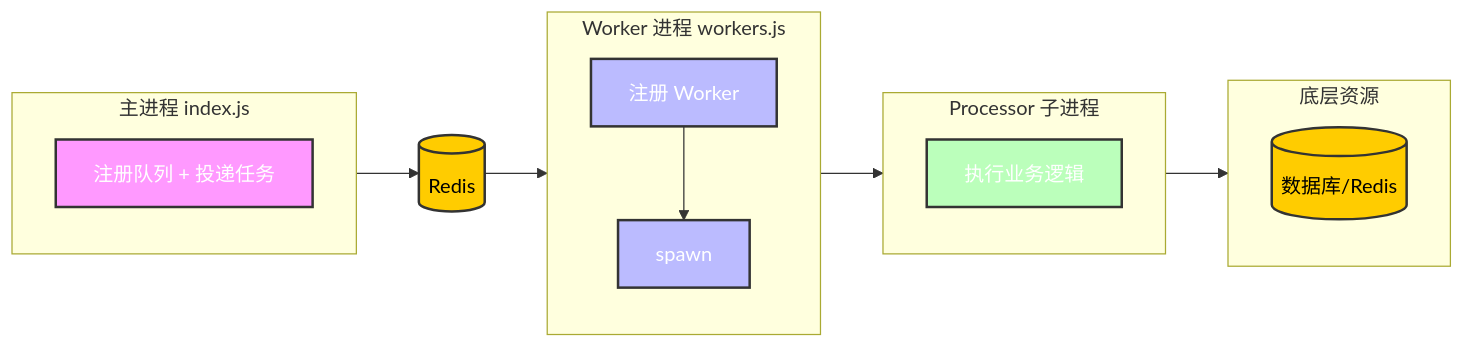
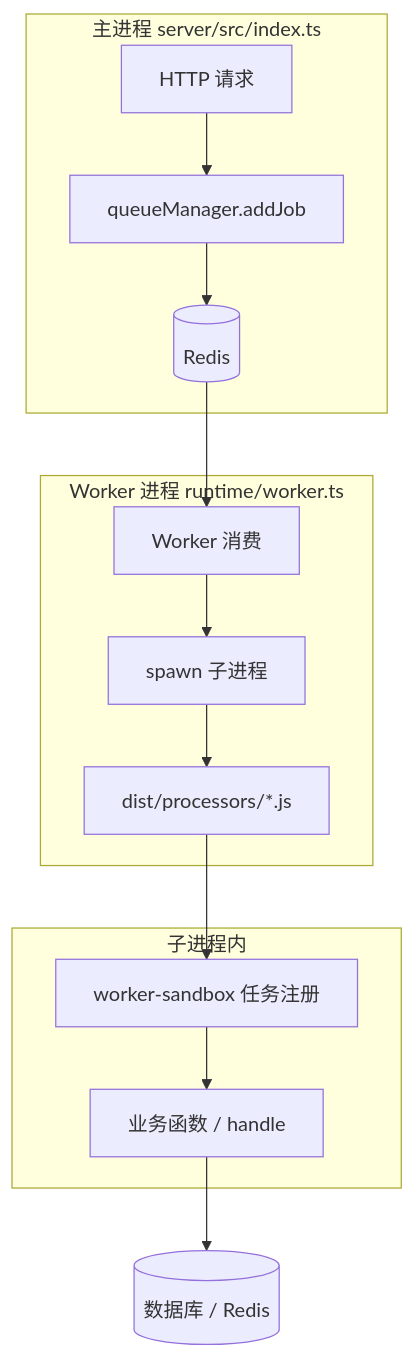
One commit to meishanlaoyao/elysia-admin changed the diagram in docs/guide/queue.md. Above: the diagram before and after it, drawn with Mermaid. The commit also changed other lines of this file and 38 other files, not shown here.

Commit message:
update: add module/page scaffolding (create:module/create:page with Drizzle Schema, --schema, --dry-run), script templates and tests; add AI_MODULE_SCAFFOLD.md; update AI workflow, Cursor Skill, IDE rules, and AI dev guide with scaffolding recommendations

````diff
--- a/docs/guide/queue.md
+++ b/docs/guide/queue.md
@@ -26,43 +28,17 @@
 ```mermaid
-graph LR
-    %% 定义样式
-    classDef main fill:#f9f,stroke:#333,stroke-width:2px,color:#fff;
-    classDef worker fill:#bbf,stroke:#333,stroke-width:2px,color:#fff;
-    classDef processor fill:#bfb,stroke:#333,stroke-width:2px,color:#fff;
-    classDef storage fill:#ffcc00,stroke:#333,stroke-width:2px,color:#000;
-
-    %% 主进程
-    subgraph MainProcess [主进程 index.js]
-        direction TB
-        RegisterQueue[注册队列 + 投递任务]:::main
+flowchart TD
+    subgraph 主进程 server/src/index.ts
+        HTTP[HTTP 请求] --> AddJob[queueManager.addJob]
+        AddJob --> Redis[(Redis)]
     end
-
-    %% Redis 中间件
-    Redis[(Redis)]:::storage
-
-    %% Worker 进程
-    subgraph WorkerProcess [Worker 进程 workers.js]
-        direction TB
-        RegisterWorker[注册 Worker]:::worker
-        Spawn[spawn]:::worker
+    subgraph Worker 进程 runtime/worker.ts
+        Redis --> Worker[Worker 消费]
+        Worker --> Spawn[spawn 子进程]
+        Spawn --> Proc[dist/processors/*.js]
     end
-
-    %% Processor 子进程
-    subgraph ProcessorProcess [Processor 子进程]
-        direction TB
-        ExecLogic[执行业务逻辑]:::processor
+    subgraph 子进程内
+        Proc --> Sandbox[worker-sandbox 任务注册]
+        Sandbox --> Biz[业务函数 / handle]
     end
-
-    %% 底层资源
-    subgraph Resources [底层资源]
-        direction TB
-        DB[(数据库/Redis)]:::storage
-    end
-
-    %% 连接关系
-    RegisterQueue --> Redis
-    Redis --> RegisterWorker
-    RegisterWorker --> Spawn
-    Spawn --> ExecLogic
-    ExecLogic --> DB
+    Biz --> DB[(数据库 / Redis)]
 ```
````
